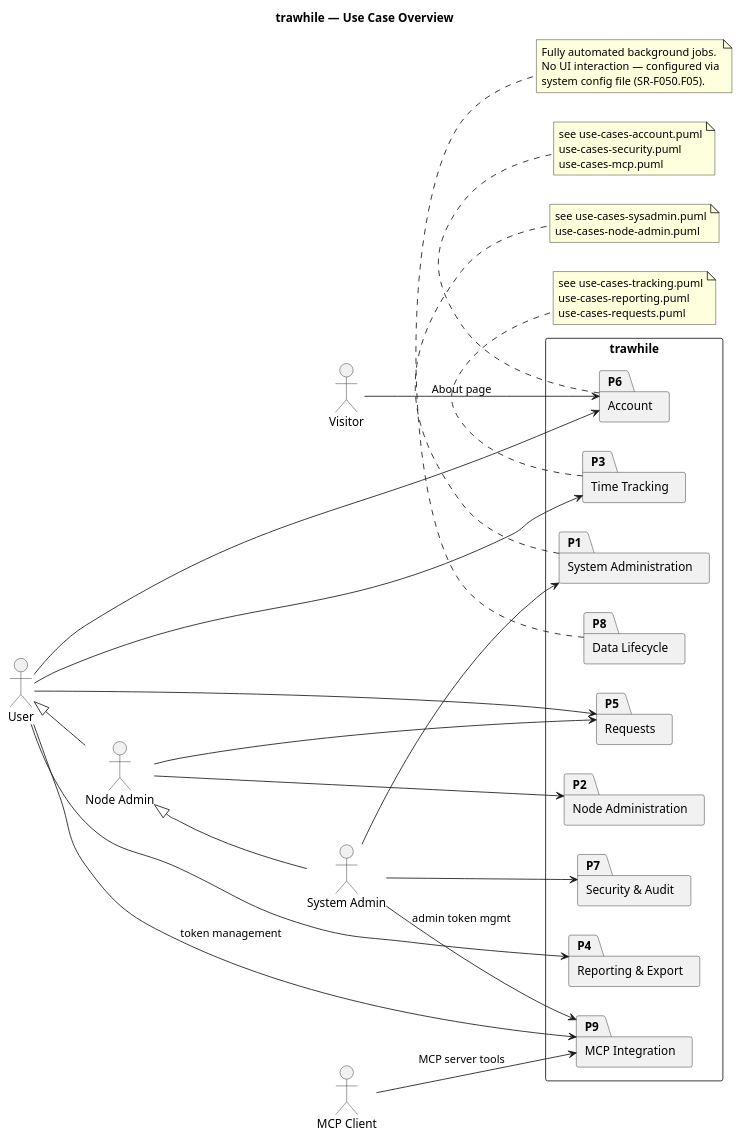
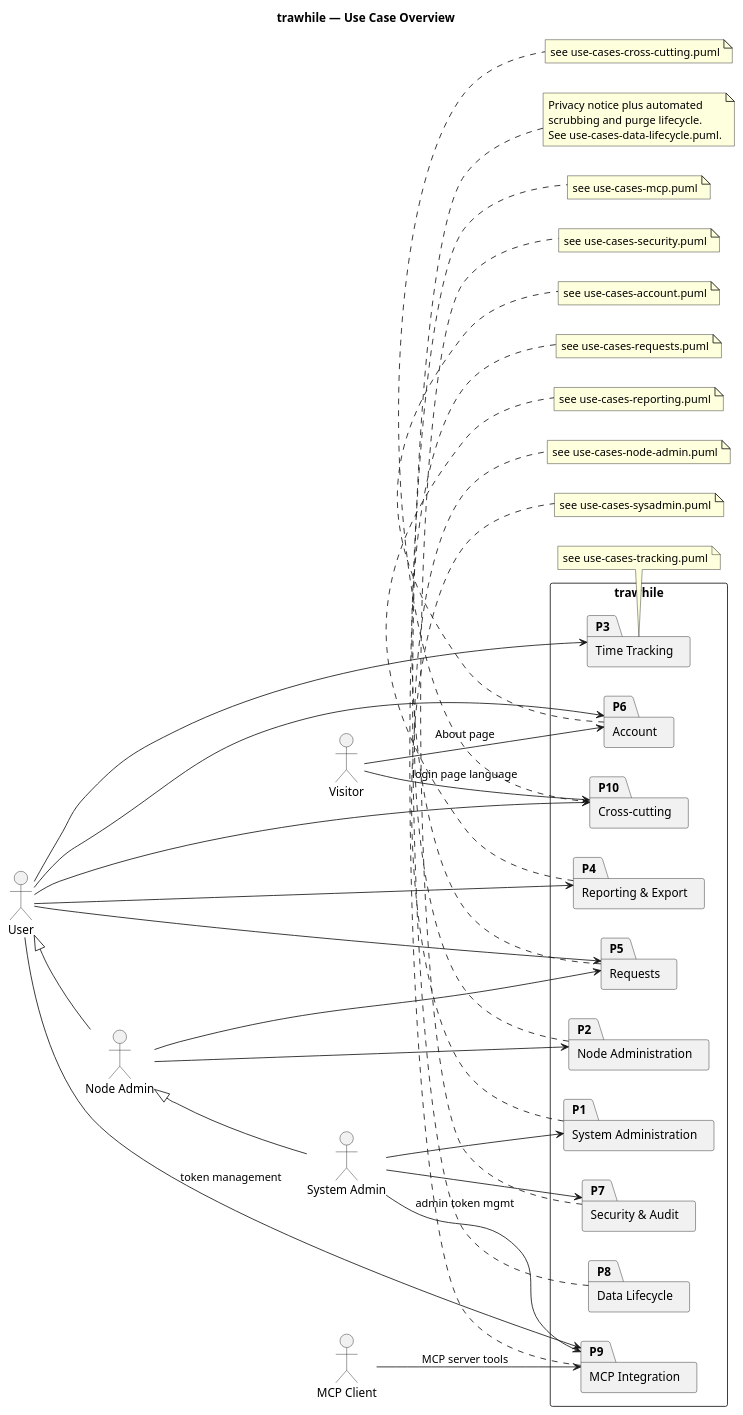
Before and after one commit to uCore7/trawhile: the diagram in docs/uml/use-cases-overview.puml, drawn with PlantUML. The commit also changed 59 other files, not shown here.

```diff
--- a/docs/uml/use-cases-overview.puml
+++ b/docs/uml/use-cases-overview.puml
@@ -1,60 +1,76 @@
 @startuml use-cases-overview
 title trawhile — Use Case Overview
 
 left to right direction
 
 actor "Visitor" as Visitor
 actor "User" as User
 actor "Node Admin" as NodeAdmin
 actor "System Admin" as SysAdmin
 actor "MCP Client" as McpClient
 
 User <|-- NodeAdmin
 NodeAdmin <|-- SysAdmin
 
 rectangle trawhile {
     package "System Administration" as P1
     package "Node Administration" as P2
     package "Time Tracking" as P3
     package "Reporting & Export" as P4
     package "Requests" as P5
     package "Account" as P6
     package "Security & Audit" as P7
     package "Data Lifecycle" as P8
     package "MCP Integration" as P9
+    package "Cross-cutting" as P10
 }
 
 Visitor --> P6 : About page
+Visitor --> P10 : login page language
 User --> P3
 User --> P4
 User --> P5
 User --> P6
 User --> P9 : token management
+User --> P10
 NodeAdmin --> P2
 NodeAdmin --> P5
 SysAdmin --> P1
 SysAdmin --> P7
 SysAdmin --> P9 : admin token mgmt
 McpClient --> P9 : MCP server tools
 
 note bottom of P3
   see use-cases-tracking.puml
-  use-cases-reporting.puml
-  use-cases-requests.puml
 end note
 note bottom of P1
   see use-cases-sysadmin.puml
-  use-cases-node-admin.puml
+end note
+note bottom of P2
+  see use-cases-node-admin.puml
+end note
+note bottom of P4
+  see use-cases-reporting.puml
+end note
+note bottom of P5
+  see use-cases-requests.puml
 end note
 note bottom of P6
   see use-cases-account.puml
-  use-cases-security.puml
-  use-cases-mcp.puml
+end note
+note bottom of P7
+  see use-cases-security.puml
+end note
+note bottom of P9
+  see use-cases-mcp.puml
 end note
 note bottom of P8
-  Fully automated background jobs.
-  No UI interaction — configured via
-  system config file (SR-F050.F05).
+  Privacy notice plus automated
+  scrubbing and purge lifecycle.
+  See use-cases-data-lifecycle.puml.
+end note
+note bottom of P10
+  see use-cases-cross-cutting.puml
 end note
 
 @enduml
```
